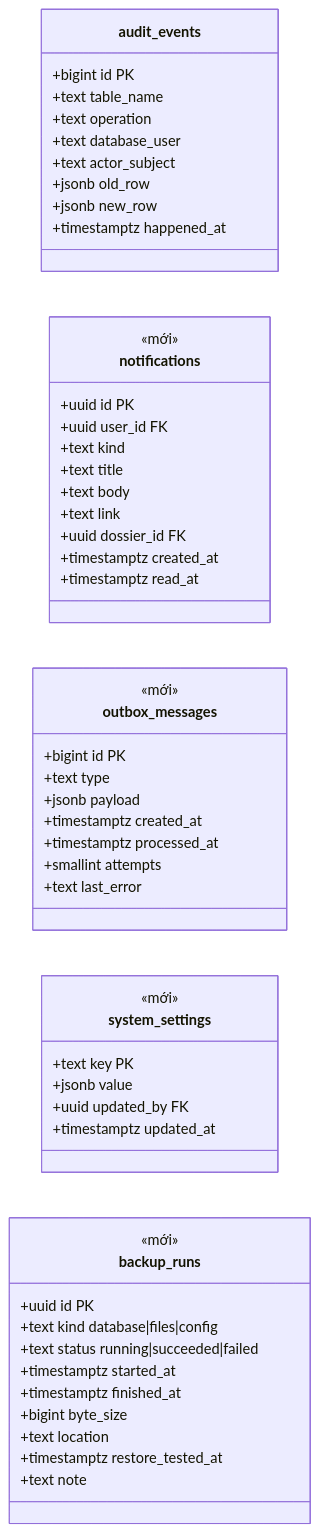
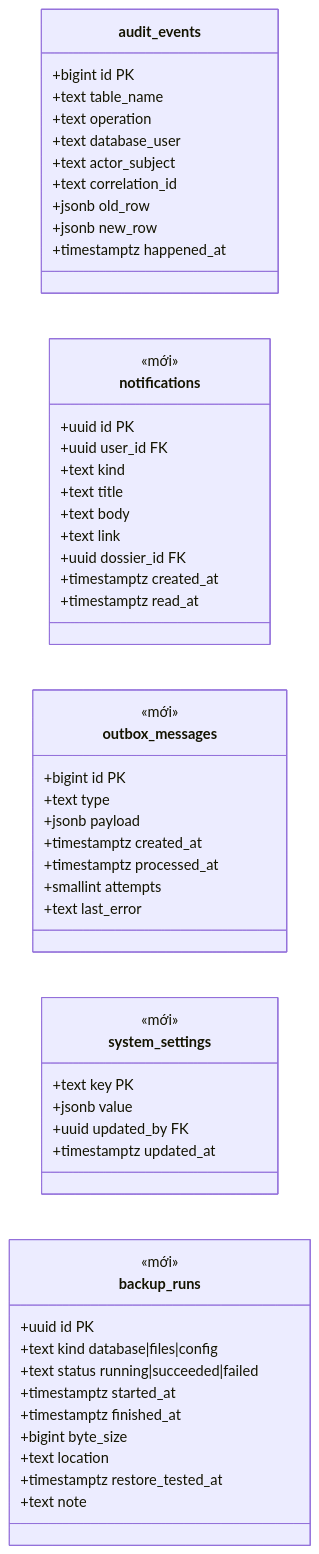
Before and after one commit to quocvu12345/So_hoa_giay_to_ubnd: diagram 11 of 11 in docs/03-thiet-ke-csdl.md, drawn with Mermaid. The commit also changed other lines of this file and 32 other files, not shown here.

````diff
--- a/docs/03-thiet-ke-csdl.md
+++ b/docs/03-thiet-ke-csdl.md
@@ -914,55 +914,56 @@
 ```mermaid
 classDiagram
   direction LR
   class audit_events {
     +bigint id PK
     +text table_name
     +text operation
     +text database_user
     +text actor_subject
+    +text correlation_id
     +jsonb old_row
     +jsonb new_row
     +timestamptz happened_at
   }
   class notifications {
     <<mới>>
     +uuid id PK
     +uuid user_id FK
     +text kind
     +text title
     +text body
     +text link
     +uuid dossier_id FK
     +timestamptz created_at
     +timestamptz read_at
   }
   class outbox_messages {
     <<mới>>
     +bigint id PK
     +text type
     +jsonb payload
     +timestamptz created_at
     +timestamptz processed_at
     +smallint attempts
     +text last_error
   }
   class system_settings {
     <<mới>>
     +text key PK
     +jsonb value
     +uuid updated_by FK
     +timestamptz updated_at
   }
   class backup_runs {
     <<mới>>
     +uuid id PK
     +text kind database|files|config
     +text status running|succeeded|failed
     +timestamptz started_at
     +timestamptz finished_at
     +bigint byte_size
     +text location
     +timestamptz restore_tested_at
     +text note
   }
 ```
````
